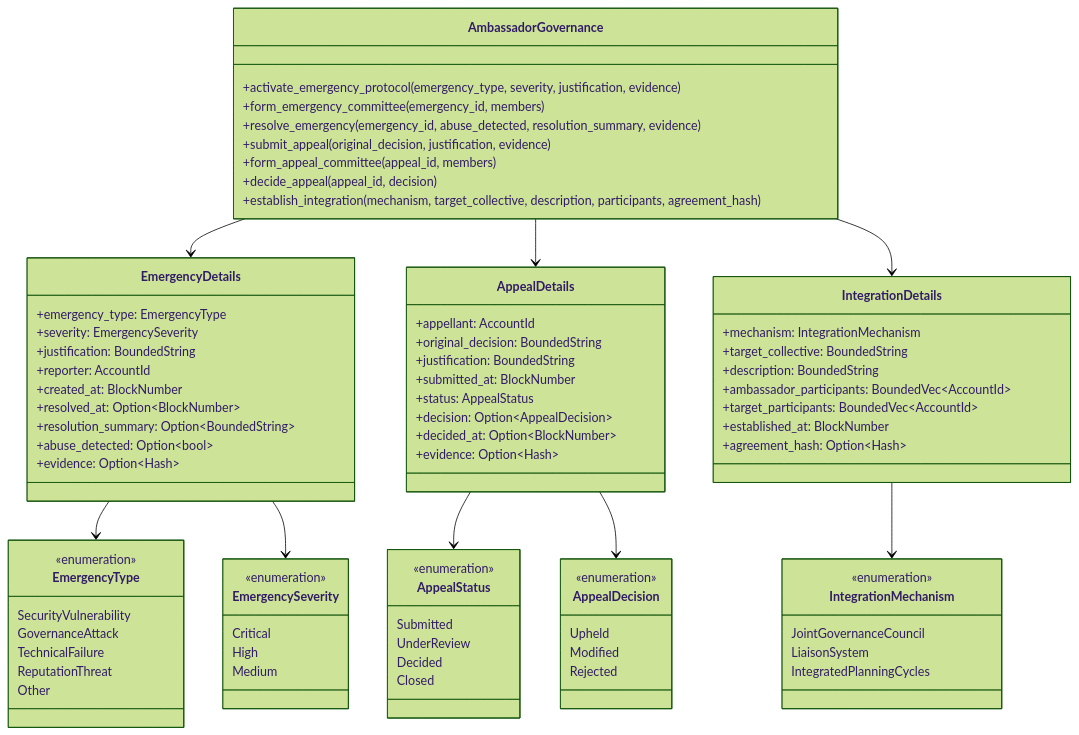
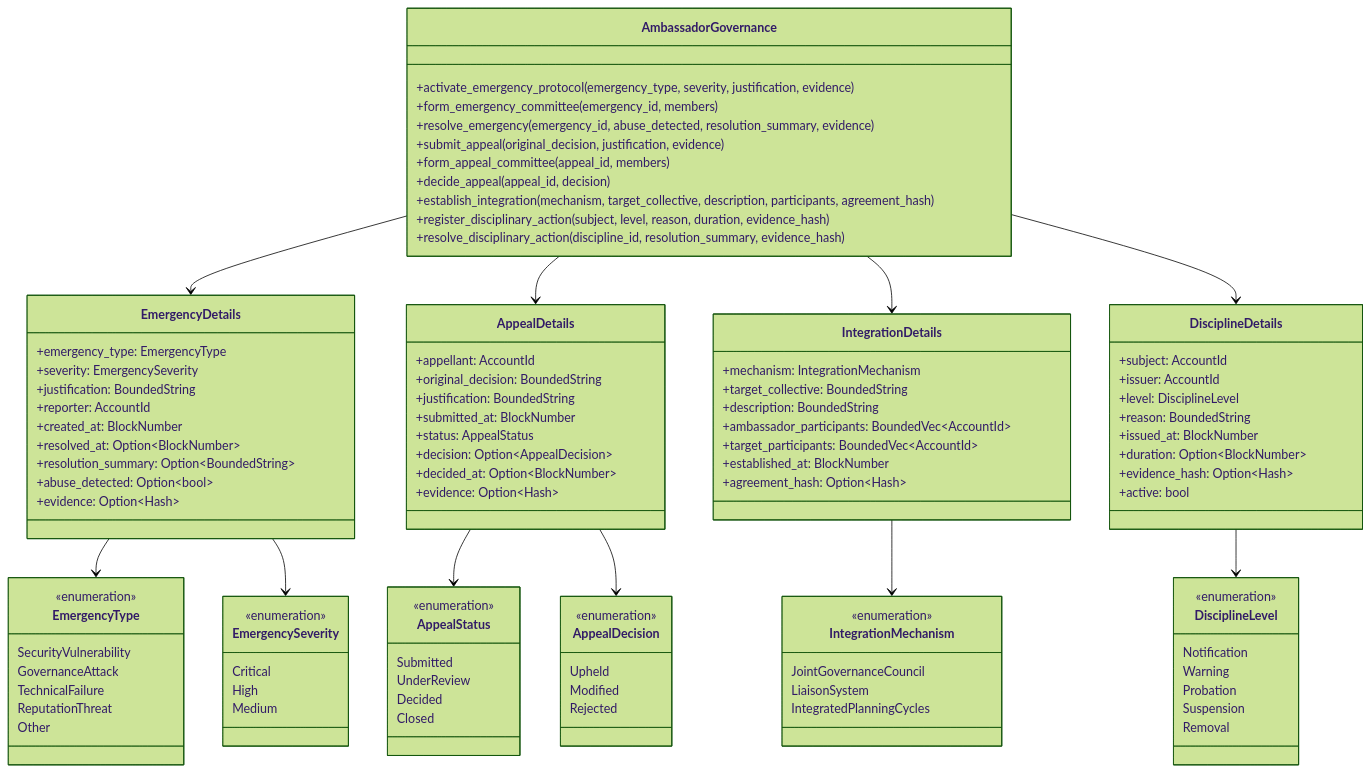
One commit to Doordashcon/runtimes changed diagram 11 of 15 in pallets/ambassador-governance/README.md. Above: the diagram before and after it, drawn with Mermaid (forest theme). The commit also changed other lines of this file and 7 other files, not shown here.

````diff
--- a/pallets/ambassador-governance/README.md
+++ b/pallets/ambassador-governance/README.md
@@ -776,6 +780,8 @@
     +form_appeal_committee(appeal_id, members)
     +decide_appeal(appeal_id, decision)
     +establish_integration(mechanism, target_collective, description, participants, agreement_hash)
+    +register_disciplinary_action(subject, level, reason, duration, evidence_hash)
+    +resolve_disciplinary_action(discipline_id, resolution_summary, evidence_hash)
   }
 
   class EmergencyDetails {
@@ -809,6 +815,17 @@
     +target_participants: BoundedVec~AccountId~
     +established_at: BlockNumber
     +agreement_hash: Option~Hash~
+  }
+
+  class DisciplineDetails {
+    +subject: AccountId
+    +issuer: AccountId
+    +level: DisciplineLevel
+    +reason: BoundedString
+    +issued_at: BlockNumber
+    +duration: Option~BlockNumber~
+    +evidence_hash: Option~Hash~
+    +active: bool
   }
 
   class EmergencyType {
@@ -849,12 +866,23 @@
     IntegratedPlanningCycles
   }
 
+  class DisciplineLevel {
+    <<enumeration>>
+    Notification
+    Warning
+    Probation
+    Suspension
+    Removal
+  }
+
   AmbassadorGovernance --> EmergencyDetails
   AmbassadorGovernance --> AppealDetails
   AmbassadorGovernance --> IntegrationDetails
+  AmbassadorGovernance --> DisciplineDetails
   EmergencyDetails --> EmergencyType
   EmergencyDetails --> EmergencySeverity
   AppealDetails --> AppealStatus
   AppealDetails --> AppealDecision
   IntegrationDetails --> IntegrationMechanism
+  DisciplineDetails --> DisciplineLevel
 ```
````
